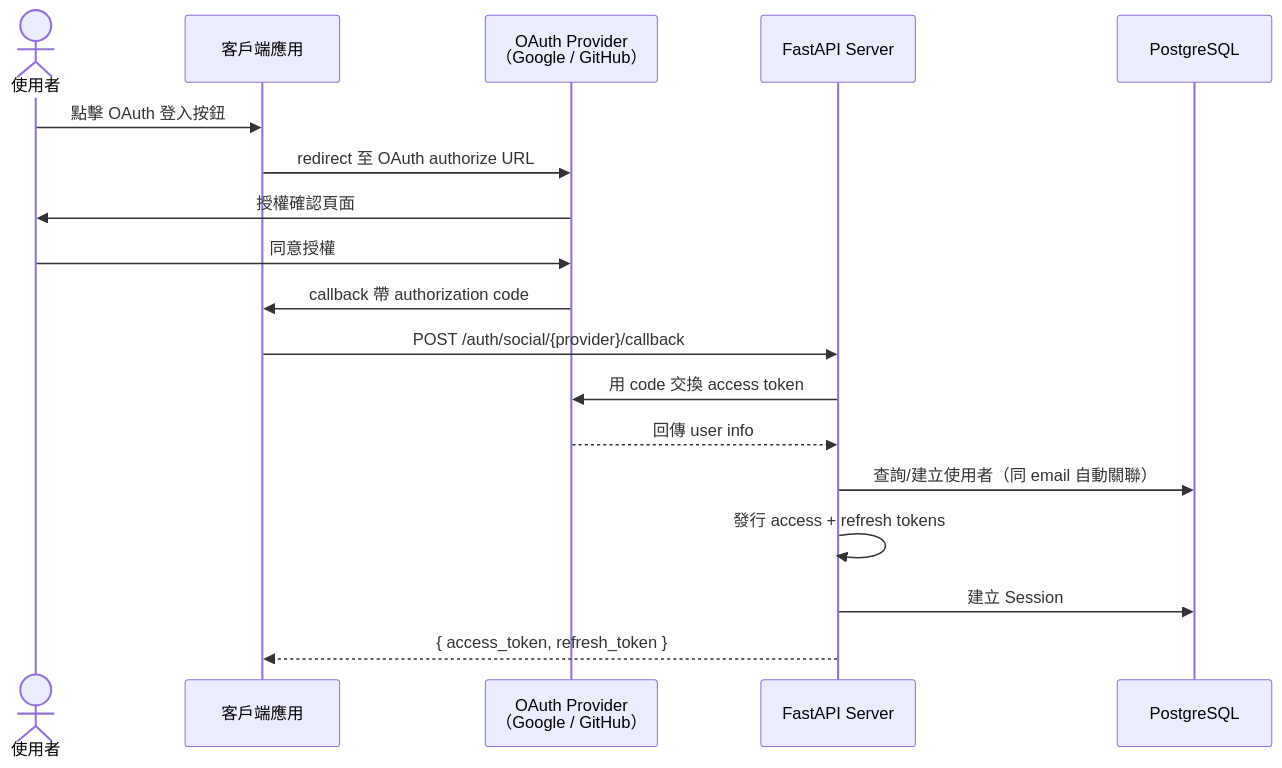
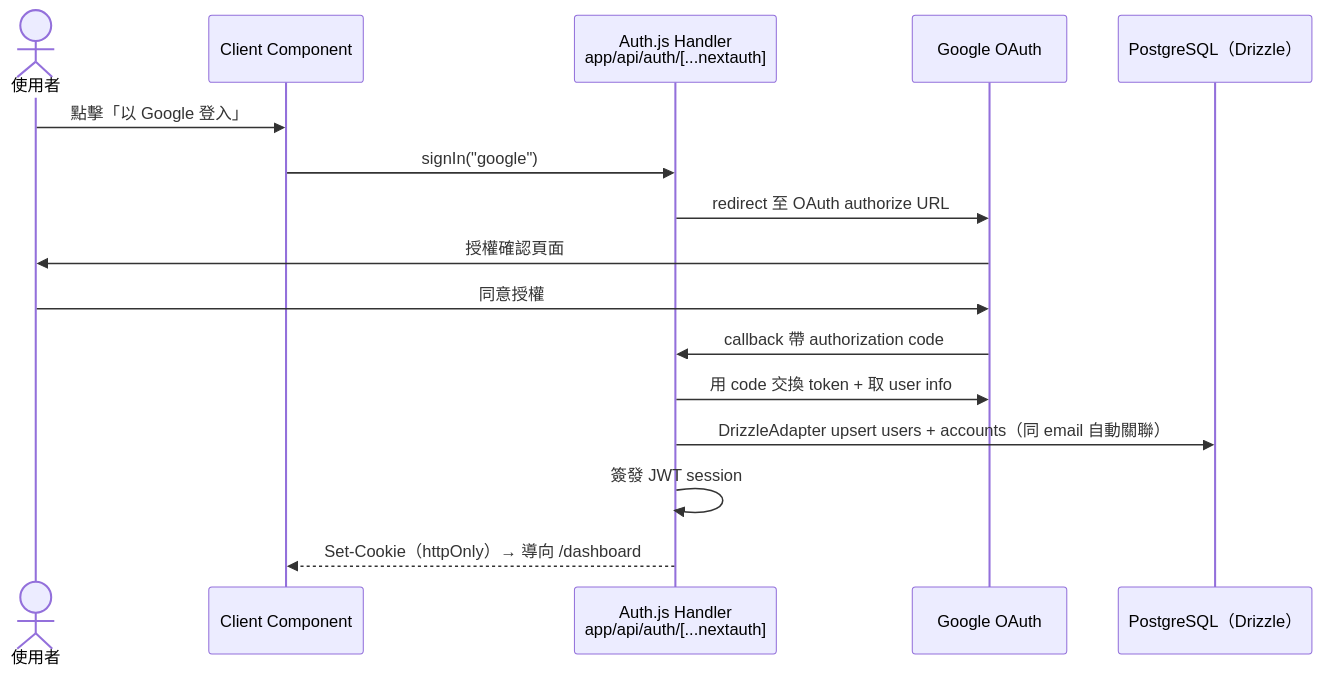
Before and after one commit to cloud-f1/shutien-p2-lab3-nexjs-template: the third of 3 diagrams in docs/diagrams/auth-flow.md, drawn with Mermaid. The commit also changed other lines of this file and 71 other files, not shown here.

````diff
--- a/docs/diagrams/auth-flow.md
+++ b/docs/diagrams/auth-flow.md
@@ -60,21 +61,19 @@
 ```mermaid
 sequenceDiagram
     actor 使用者
-    participant Client as 客戶端應用
-    participant Provider as OAuth Provider<br/>（Google / GitHub）
-    participant Server as FastAPI Server
-    participant DB as PostgreSQL
+    participant Client as Client Component
+    participant NextAuth as Auth.js Handler<br/>app/api/auth/[...nextauth]
+    participant Provider as Google OAuth
+    participant DB as PostgreSQL（Drizzle）
 
-    使用者->>Client: 點擊 OAuth 登入按鈕
-    Client->>Provider: redirect 至 OAuth authorize URL
+    使用者->>Client: 點擊「以 Google 登入」
+    Client->>NextAuth: signIn("google")
+    NextAuth->>Provider: redirect 至 OAuth authorize URL
     Provider->>使用者: 授權確認頁面
     使用者->>Provider: 同意授權
-    Provider->>Client: callback 帶 authorization code
-    Client->>Server: POST /auth/social/{provider}/callback
-    Server->>Provider: 用 code 交換 access token
-    Provider-->>Server: 回傳 user info
-    Server->>DB: 查詢/建立使用者（同 email 自動關聯）
-    Server->>Server: 發行 access + refresh tokens
-    Server->>DB: 建立 Session
-    Server-->>Client: { access_token, refresh_token }
+    Provider->>NextAuth: callback 帶 authorization code
+    NextAuth->>Provider: 用 code 交換 token + 取 user info
+    NextAuth->>DB: DrizzleAdapter upsert users + accounts（同 email 自動關聯）
+    NextAuth->>NextAuth: 簽發 JWT session
+    NextAuth-->>Client: Set-Cookie（httpOnly）→ 導向 /dashboard
 ```
````
